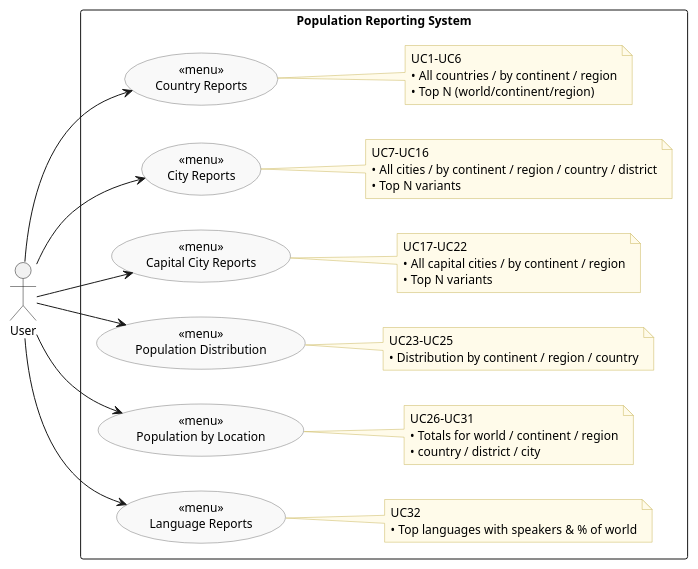
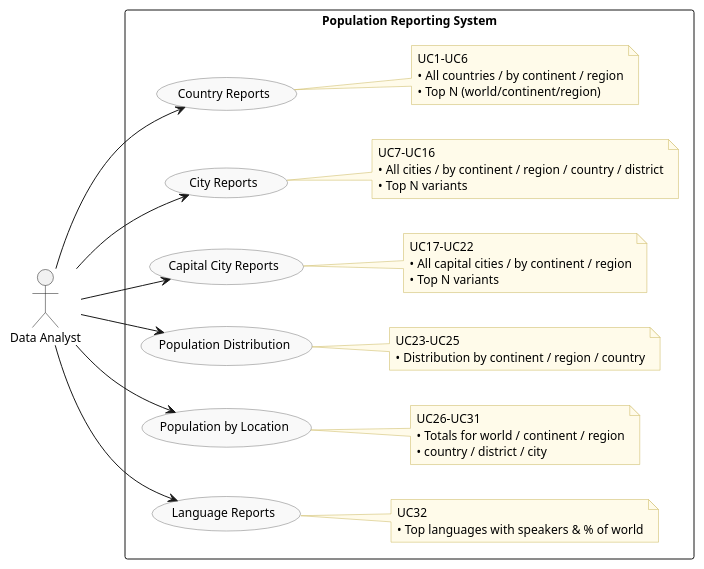
Before and after one commit to maythiricho/SET08803-Group5: the diagram in use_cases/use_cases.puml, drawn with PlantUML.

Commit message:
Update and Fix actor in use case diagram

```diff
--- a/use_cases/use_cases.puml
+++ b/use_cases/use_cases.puml
@@ -1,68 +1,70 @@
 @startuml
 left to right direction
 skinparam packageStyle rectangle
 skinparam shadowing false
 skinparam usecase {
   BorderColor #777
   BackgroundColor #F9F9F9
 }
 skinparam note {
   BackgroundColor #FFFBEA
   BorderColor #C9B458
 }
 skinparam defaultFontSize 12
 
-actor User
+actor "Data Analyst"
+/'Actor can be Data Analyst or Researcher '/
+
 
 rectangle "Population Reporting System" as PRS {
   ' High-level menus (simple and clear)
-  usecase "<<menu>>\nCountry Reports" as VCR
-  usecase "<<menu>>\nCity Reports" as VCiR
-  usecase "<<menu>>\nCapital City Reports" as VCCR
-  usecase "<<menu>>\nPopulation Distribution" as VPDR
-  usecase "<<menu>>\nPopulation by Location" as VPBL
-  usecase "<<menu>>\nLanguage Reports" as VLR
+  usecase "Country Reports" as VCR
+  usecase "City Reports" as VCiR
+  usecase "Capital City Reports" as VCCR
+  usecase "Population Distribution" as VPDR
+  usecase "Population by Location" as VPBL
+  usecase "Language Reports" as VLR
 
-  User --> VCR
-  User --> VCiR
-  User --> VCCR
-  User --> VPDR
-  User --> VPBL
-  User --> VLR
+  "Data Analyst" --> VCR
+  "Data Analyst" --> VCiR
+  "Data Analyst" --> VCCR
+  "Data Analyst" --> VPDR
+  "Data Analyst" --> VPBL
+  "Data Analyst" --> VLR
 
   ' Small notes with UC ranges (no crowded details)
   note right of VCR
     UC1–UC6
     • All countries / by continent / region
     • Top N (world/continent/region)
   end note
 
   note right of VCiR
     UC7–UC16
     • All cities / by continent / region / country / district
     • Top N variants
   end note
 
   note right of VCCR
     UC17–UC22
     • All capital cities / by continent / region
     • Top N variants
   end note
 
   note right of VPDR
     UC23–UC25
     • Distribution by continent / region / country
   end note
 
   note right of VPBL
     UC26–UC31
     • Totals for world / continent / region
     • country / district / city
   end note
 
   note right of VLR
     UC32
     • Top languages with speakers & % of world
   end note
 }
 @enduml
```
